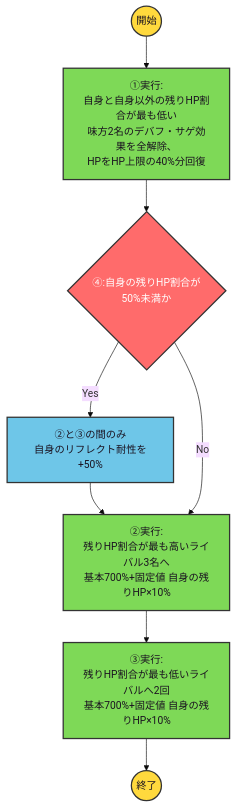
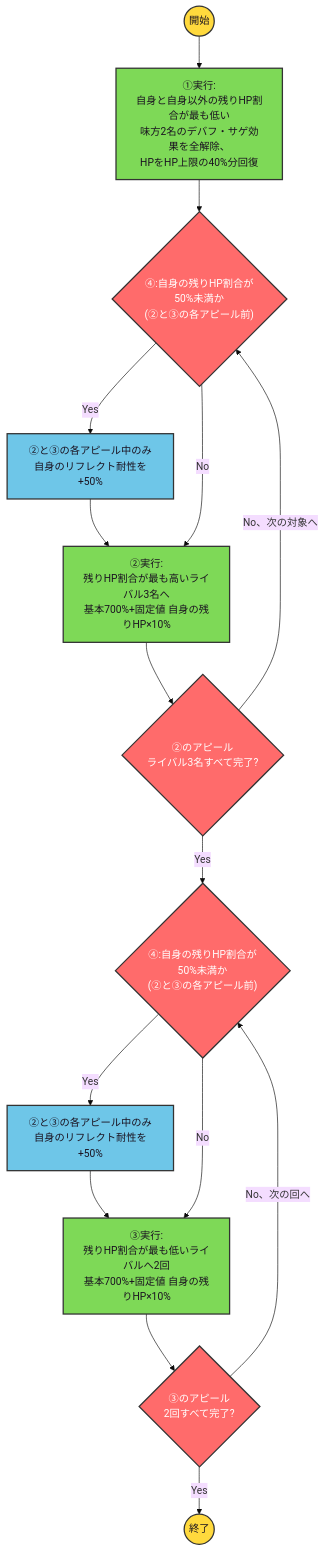
One commit to ryomochi0918/nogifra-characters changed the diagram in data/ikeda_teresa/kokoronimonaikoto_skill2.mmd. Above: the diagram before and after it, drawn with Mermaid (base theme). The commit also changed 286 other files, not shown here.

```diff
--- a/data/ikeda_teresa/kokoronimonaikoto_skill2.mmd
+++ b/data/ikeda_teresa/kokoronimonaikoto_skill2.mmd
@@ -1,12 +1,18 @@
 flowchart TD
     classDef startend fill:#FFD93D,stroke:#333,stroke-width:2px,color:#1a1220;
     classDef cond fill:#FF6B6B,stroke:#333,stroke-width:2px,color:#ffffff;
     classDef effect fill:#6EC6E8,stroke:#333,stroke-width:2px,color:#1a1220;
     classDef action fill:#7ED957,stroke:#333,stroke-width:2px,color:#1a1220;
 
     start(("開始")):::startend --> a1["①実行:<br/>自身と自身以外の残りHP割合が最も低い<br/>味方2名のデバフ・サゲ効果を全解除、<br/>HPをHP上限の40%分回復"]:::action
-    a1 --> c4{"④:自身の残りHP割合が<br/>50%未満か"}:::cond
-    c4 -->|"Yes"| e4["②と③の間のみ<br/>自身のリフレクト耐性を+50%"]:::effect --> a2
+    a1 --> c4{"④:自身の残りHP割合が<br/>50%未満か<br/>(②と③の各アピール前)"}:::cond
+    c4 -->|"Yes"| e4["②と③の各アピール中のみ<br/>自身のリフレクト耐性を+50%"]:::effect --> a2
     c4 -->|"No"| a2["②実行:<br/>残りHP割合が最も高いライバル3名へ<br/>基本700%+固定値 自身の残りHP×10%"]:::action
-    a2 --> a3["③実行:<br/>残りHP割合が最も低いライバルへ2回<br/>基本700%+固定値 自身の残りHP×10%"]:::action
-    a3 --> finish(("終了")):::startend
+    a2 --> lc2{"②のアピール<br/>ライバル3名すべて完了?"}:::cond
+    lc2 -->|"No、次の対象へ"| c4
+    lc2 -->|"Yes"| c4b{"④:自身の残りHP割合が<br/>50%未満か<br/>(②と③の各アピール前)"}:::cond
+    c4b -->|"Yes"| e4b["②と③の各アピール中のみ<br/>自身のリフレクト耐性を+50%"]:::effect --> a3
+    c4b -->|"No"| a3["③実行:<br/>残りHP割合が最も低いライバルへ2回<br/>基本700%+固定値 自身の残りHP×10%"]:::action
+    a3 --> lc3{"③のアピール<br/>2回すべて完了?"}:::cond
+    lc3 -->|"No、次の回へ"| c4b
+    lc3 -->|"Yes"| finish(("終了")):::startend
```
